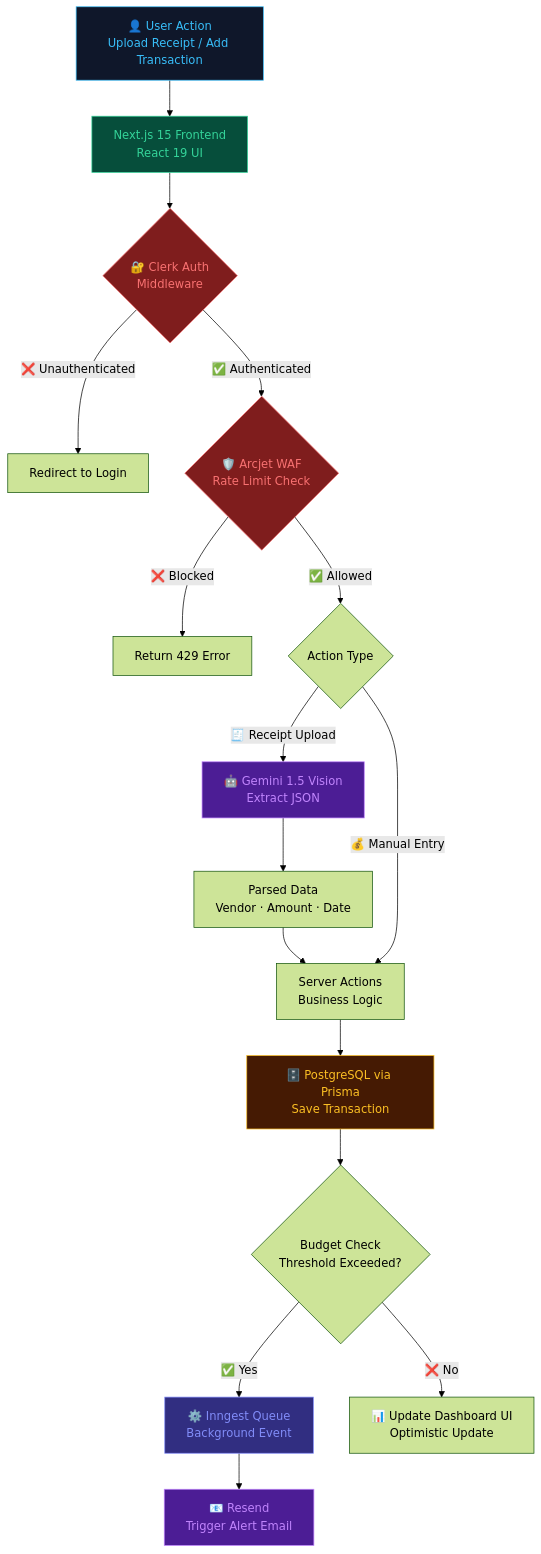
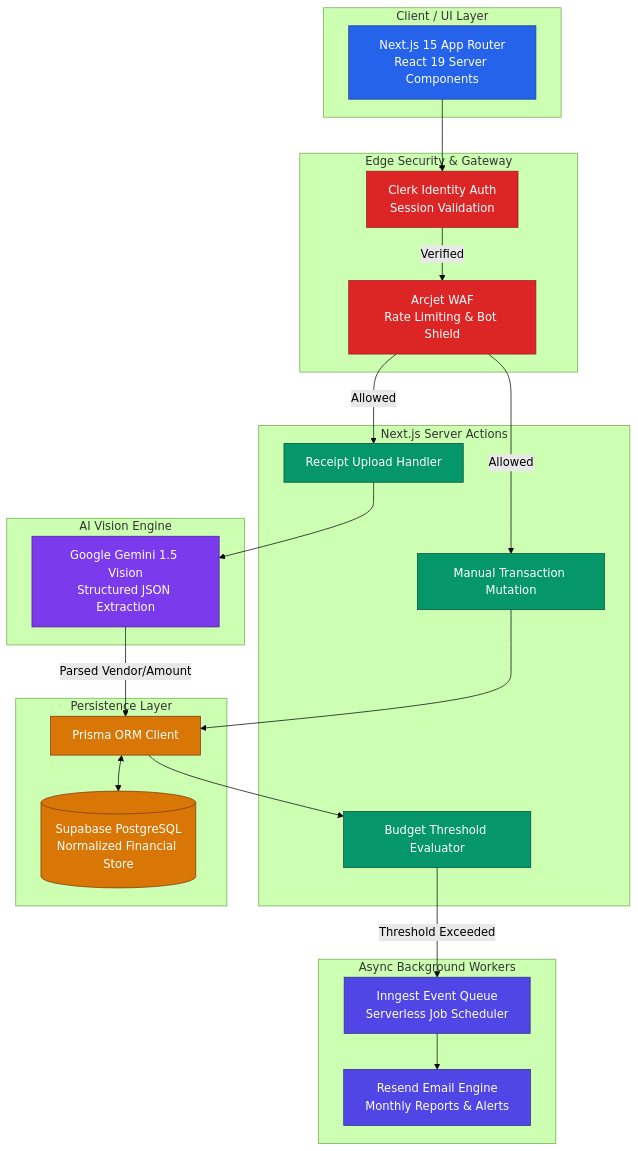
One commit to shreedharkb/FinOS changed the first of 2 diagrams in README.md. Above: the diagram before and after it, drawn with Mermaid (forest theme). The commit also changed other lines of this file, not shown here.

Commit message:
Update README with colored Mermaid system architecture diagram and pristine formatting

````diff
--- a/README.md
+++ b/README.md
@@ -77,34 +61,53 @@
 ```mermaid
 flowchart TD
-    A[👤 User Action\nUpload Receipt / Add Transaction] --> B[Next.js 15 Frontend\nReact 19 UI]
-    B --> C{🔐 Clerk Auth\nMiddleware}
-    
-    C -- ❌ Unauthenticated --> Z[Redirect to Login]
-    C -- ✅ Authenticated --> D{🛡️ Arcjet WAF\nRate Limit Check}
-    
-    D -- ❌ Blocked --> Y[Return 429 Error]
-    D -- ✅ Allowed --> E{Action Type}
-    
-    E -- 🧾 Receipt Upload --> F[🤖 Gemini 1.5 Vision\nExtract JSON]
-    F --> G[Parsed Data\nVendor · Amount · Date]
-    G --> H
-    
-    E -- 💰 Manual Entry --> H[Server Actions\nBusiness Logic]
-    
-    H --> I[🗄️ PostgreSQL via Prisma\nSave Transaction]
-    I --> J{Budget Check\nThreshold Exceeded?}
-    
-    J -- ✅ Yes --> K[⚙️ Inngest Queue\nBackground Event]
-    K --> L[📧 Resend\nTrigger Alert Email]
-    
-    J -- ❌ No --> M[📊 Update Dashboard UI\nOptimistic Update]
-    
-    style A fill:#0f172a,color:#38bdf8,stroke:#38bdf8
-    style B fill:#064e3b,color:#34d399,stroke:#34d399
-    style C fill:#7f1d1d,color:#f87171,stroke:#f87171
-    style D fill:#7f1d1d,color:#f87171,stroke:#f87171
-    style F fill:#4c1d95,color:#c084fc,stroke:#c084fc
-    style I fill:#451a03,color:#fbbf24,stroke:#fbbf24
-    style K fill:#312e81,color:#818cf8,stroke:#818cf8
-    style L fill:#4c1d95,color:#c084fc,stroke:#c084fc
+    classDef client fill:#2563eb,stroke:#1e3a8a,color:#fff
+    classDef edge fill:#dc2626,stroke:#991b1b,color:#fff
+    classDef action fill:#059669,stroke:#064e3b,color:#fff
+    classDef ai fill:#7c3aed,stroke:#4c1d95,color:#fff
+    classDef db fill:#d97706,stroke:#78350f,color:#fff
+    classDef worker fill:#4f46e5,stroke:#312e81,color:#fff
+
+    subgraph Client["Client / UI Layer"]
+        UI["Next.js 15 App Router<br>React 19 Server Components"]:::client
+    end
+
+    subgraph Security["Edge Security & Gateway"]
+        Auth["Clerk Identity Auth<br>Session Validation"]:::edge
+        WAF["Arcjet WAF<br>Rate Limiting & Bot Shield"]:::edge
+    end
+
+    subgraph Logic["Next.js Server Actions"]
+        UploadAction["Receipt Upload Handler"]:::action
+        ManualAction["Manual Transaction Mutation"]:::action
+        BudgetCheck["Budget Threshold Evaluator"]:::action
+    end
+
+    subgraph Intelligence["AI Vision Engine"]
+        Gemini["Google Gemini 1.5 Vision<br>Structured JSON Extraction"]:::ai
+    end
+
+    subgraph Data["Persistence Layer"]
+        Prisma["Prisma ORM Client"]:::db
+        Postgres[(Supabase PostgreSQL<br>Normalized Financial Store)]:::db
+    end
+
+    subgraph Queues["Async Background Workers"]
+        Inngest["Inngest Event Queue<br>Serverless Job Scheduler"]:::worker
+        Resend["Resend Email Engine<br>Monthly Reports & Alerts"]:::worker
+    end
+
+    %% Flow Connections
+    UI --> Auth
+    Auth -- Verified --> WAF
+    WAF -- Allowed --> UploadAction & ManualAction
+
+    UploadAction --> Gemini
+    Gemini -- Parsed Vendor/Amount --> Prisma
+
+    ManualAction --> Prisma
+    Prisma <--> Postgres
+
+    Prisma --> BudgetCheck
+    BudgetCheck -- Threshold Exceeded --> Inngest
+    Inngest --> Resend
 ```
````
